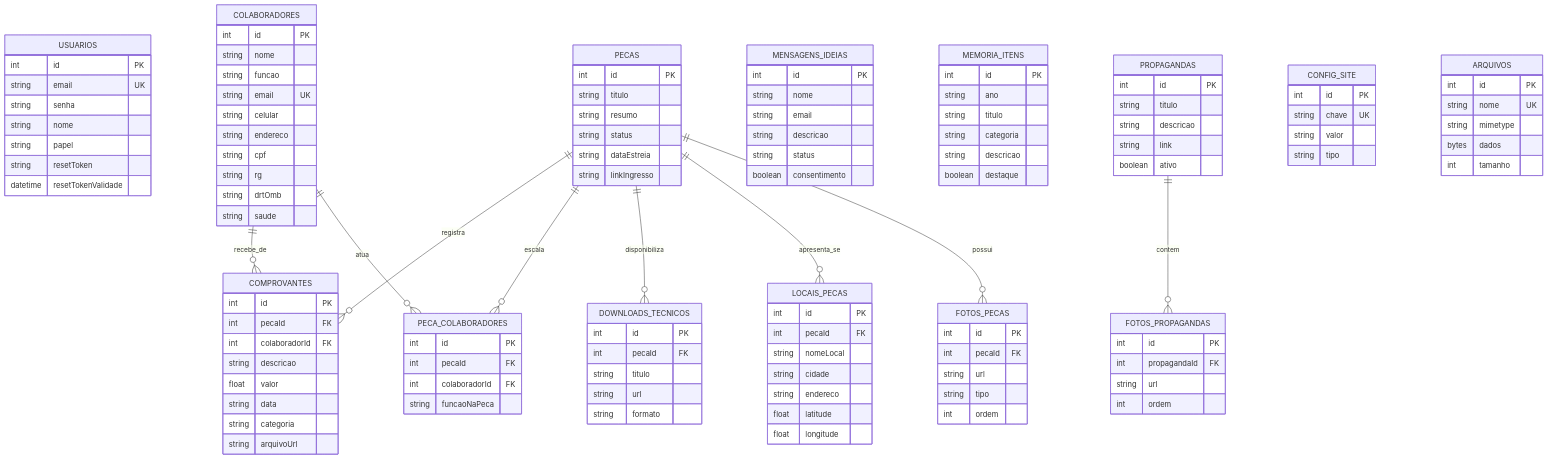
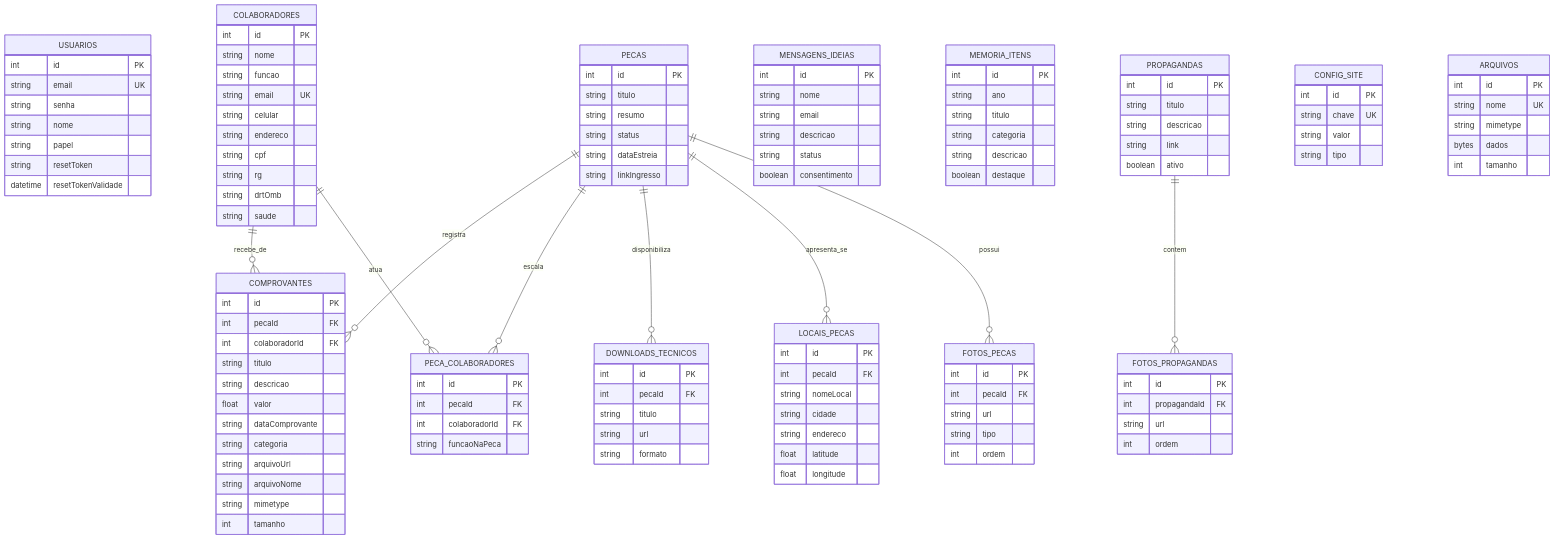
Before and after one commit to pfFabio/projeto_teatro: the fourth of 4 diagrams in exercicio_2_arquitetura_modelagem.md, drawn with Mermaid. The commit also changed other lines of this file and 18 other files, not shown here.

Commit message:
fix(comprovantes): aplica correcoes do Ciclo TDD 5 e alinha documentacao ao schema real

```diff
--- a/exercicio_2_arquitetura_modelagem.md
+++ b/exercicio_2_arquitetura_modelagem.md
@@ -381,11 +385,15 @@
         int id PK
         int pecaId FK
         int colaboradorId FK
+        string titulo
         string descricao
         float valor
-        string data
+        string dataComprovante
         string categoria
         string arquivoUrl
+        string arquivoNome
+        string mimetype
+        int tamanho
     }
 
     PECAS ||--o{ FOTOS_PECAS : possui
```
